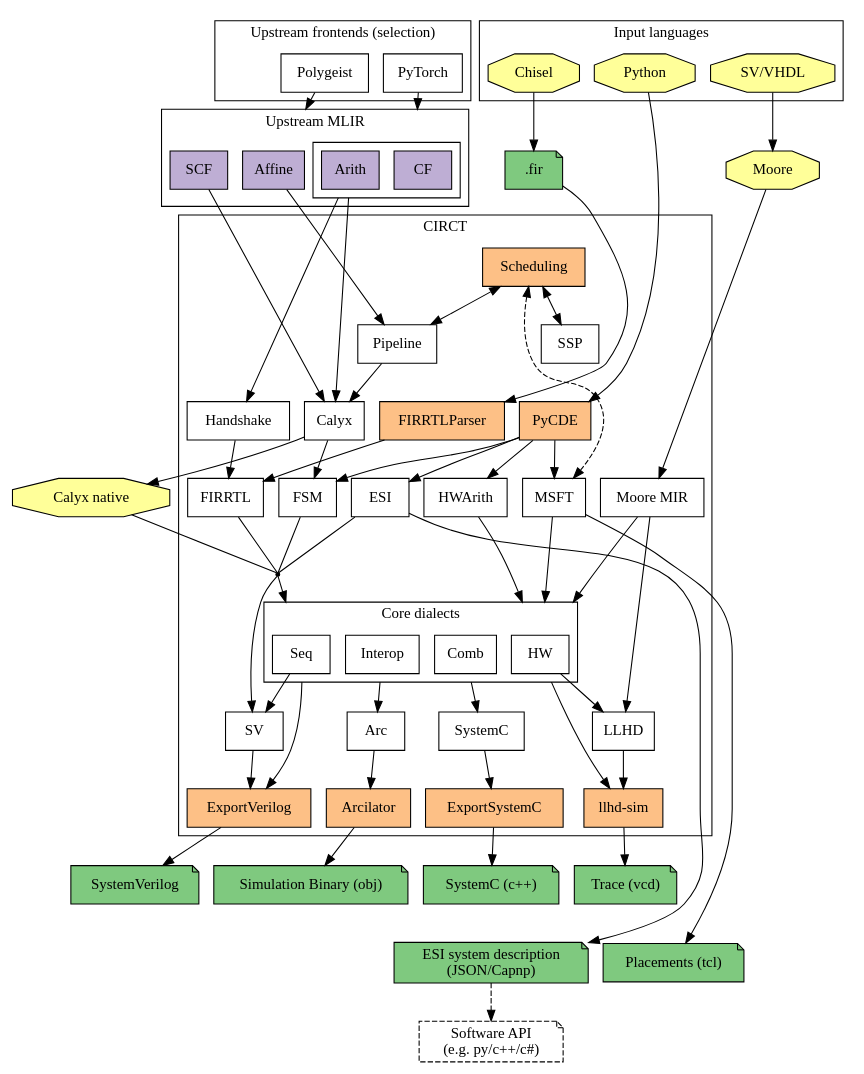
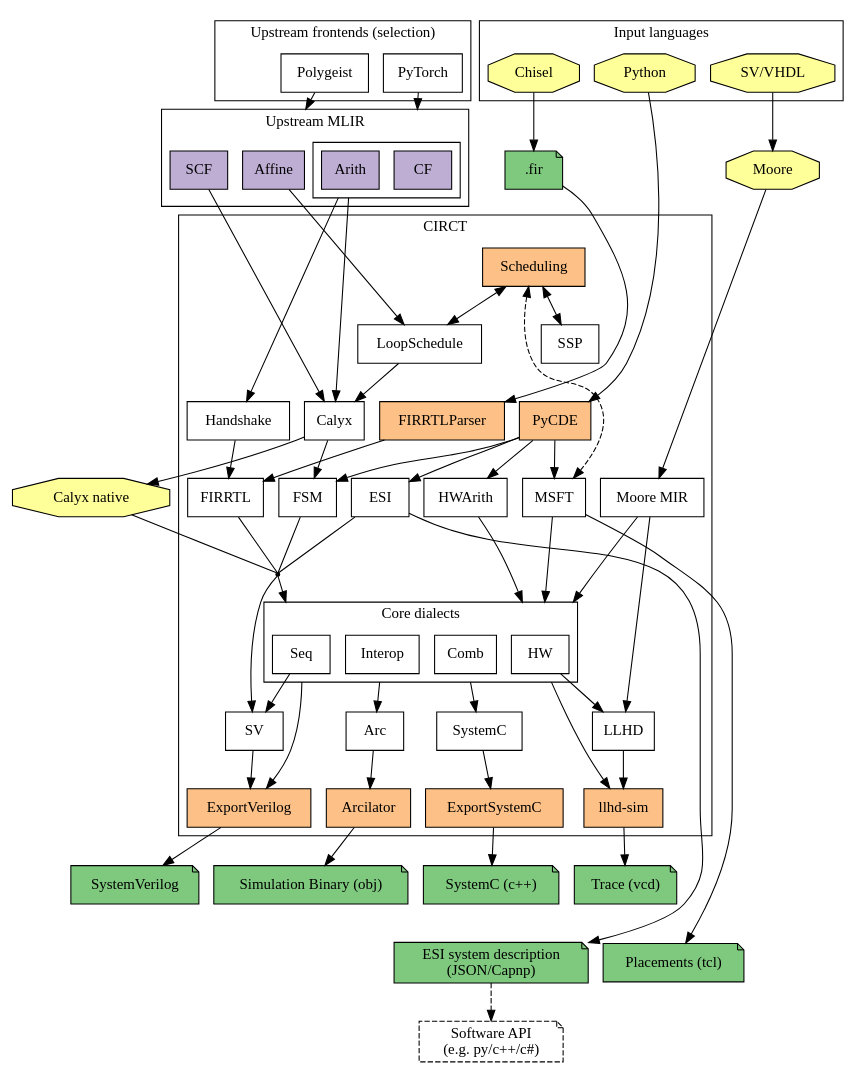
Before and after one commit to thomasnormal/circt: the diagram in docs/dialects.dot, drawn with Graphviz. The commit also changed 2 other files, not shown here.

Commit message:
[Docs] Update dialects.dot for LoopSchedule (#5632)

```diff
--- a/docs/dialects.dot
+++ b/docs/dialects.dot
@@ -1,177 +1,177 @@
 digraph G {
   // Note: Remember to run the circt/utils/update-docs-dialects.sh script after
   // modifying this file to regenerate the .svg and .png renders of the graph.
   rankdir = TB
   splines=spline
   node [shape=box style=filled fillcolor="white"]
   nodesep=0.2 // horizontal compression
   ranksep=0.5 // vertical compression
   compound=true
 
   // MLIR frontends
   subgraph cluster_mlir_frontends {
     label = "Upstream frontends (selection)"
     PyTorch
     Polygeist
   }
 
   // MLIR dialects
   subgraph cluster_mlir {
     label = "Upstream MLIR";
     node [fillcolor="#beaed4"]
     SCF Affine
     subgraph cluster_std_arith_dialect {
       label = ""
       CF
       Arith
     }
   }
   PyTorch -> CF [lhead=cluster_mlir]
   Polygeist -> Affine [lhead=cluster_mlir]
 
   subgraph cluster_circt {
     label = "CIRCT"
     // Internal frontend tools
     subgraph frontend_internal_tools{
       node [fillcolor="#fdc086"]
       FIRRTLParser
       PyCDE [URL="https://circt.llvm.org/docs/PyCDE/"]
       Scheduling [URL="https://circt.llvm.org/docs/Scheduling/"]
     }
 
     // CIRCT dialects
     Handshake [URL="https://circt.llvm.org/docs/Dialects/Handshake/"]
     Calyx [URL="https://circt.llvm.org/docs/Dialects/Calyx/"]
     FIRRTL [URL="https://circt.llvm.org/docs/Dialects/FIRRTL/"]
-    Pipeline [URL="https://circt.llvm.org/docs/Dialects/Pipeline/"]
+    LoopSchedule [URL="https://circt.llvm.org/docs/Dialects/LoopSchedule/"]
     SSP [URL="https://circt.llvm.org/docs/Dialects/SSP/"]
     MSFT [URL="https://circt.llvm.org/docs/Dialects/MSFT/"]
     ESI [URL="https://circt.llvm.org/docs/Dialects/ESI/"]
     FSM [URL="https://circt.llvm.org/docs/Dialects/FSM/"]
     HWArith [URL="https://circt.llvm.org/docs/Dialects/HWArith/"]
     MooreMIR [URL="https://circt.llvm.org/docs/Dialects/Moore/", label="Moore MIR"]
 
     // Intermediate node to target when lowering to both SV and Core dialects
     lower_to_sv_and_core [shape=point label="" fillcolor=black]
 
     // Invisible node to make space for RTL cluster's incoming edges.
     space_above_RTL [style = invis, label=""]
 
     // Core dialects
     subgraph cluster_RTL {
       label = "Core dialects"
       Seq [URL="https://circt.llvm.org/docs/Dialects/Seq/"]
       HW [URL="https://circt.llvm.org/docs/Dialects/HW/"]
       Comb [URL="https://circt.llvm.org/docs/Dialects/Comb/"]
       Interop [URL="https://circt.llvm.org/docs/Dialects/Interop/"]
     }
     LLHD [URL="https://circt.llvm.org/docs/Dialects/LLHD/"]
     Arc [URL="https://circt.llvm.org/docs/Dialects/Arc/"]
 
     // Backend dialects
     SV [URL="https://circt.llvm.org/docs/Dialects/SV/"]
     SystemC [URL="https://circt.llvm.org/docs/Dialects/SystemC/"]
 
     subgraph backend_internal_tools{
       node [fillcolor="#fdc086"]
       Arcilator
       llhd_sim [label="llhd-sim"]
       ExportSystemC
       ExportVerilog [URL="https://circt.llvm.org/docs/VerilogGeneration/"]
     }
   }
 
   // External tools
   subgraph external_tools {
     node [shape=octagon fillcolor="#ffff99"]
     Moore 
     Calyx_native [label="Calyx native"]
   }
 
   FIRFile [label=".fir" fillcolor="#7fc97f" shape="note"]
 
   subgraph cluster_input_langs {
     label = "Input languages"
     node [shape=octagon fillcolor="#ffff99"]
     Chisel
     SVVHDL [label="SV/VHDL"]
     PyFile [label="Python"]
   }
 
   // Output file formats
   subgraph output_file_formats {
     node [fillcolor="#7fc97f" shape="note"]
     VCDTrace [label="Trace (vcd)"]
     SystemCFile [label="SystemC (c++)"]
     SVFile [label="SystemVerilog"]
     ServiceDesc [label="ESI system description\n(JSON/Capnp)"]
     SoftwareAPI [label="Software API\n(e.g. py/c++/c#)" style=dashed]
     TCL [label="Placements (tcl)"]
     SimBinary [label="Simulation Binary (obj)"]
   }
 
   // ===== Connections =====
   // Dialect conversions
   SCF -> Calyx
-  Affine -> Pipeline
-  Pipeline -> Calyx
+  Affine -> LoopSchedule
+  LoopSchedule -> Calyx
   Arith -> {Handshake Calyx} [ltail=cluster_std_arith_dialect]
 
   Handshake -> FIRRTL
   Calyx -> FSM
 
   // Things that lower into a subset of the RTL-like dialects. Cluster these
   // together to avoid a massive clutter.
   {MSFT HWArith MooreMIR} -> HW [lhead=cluster_RTL]
   {ESI FIRRTL FSM} -> lower_to_sv_and_core [arrowhead=none]
   lower_to_sv_and_core -> SV
   lower_to_sv_and_core -> Seq [lhead=cluster_RTL]
   Seq -> SV
   {HW MooreMIR} -> LLHD
   Interop -> Arc [ltail=cluster_RTL]
   Comb -> SystemC [ltail=cluster_RTL]
   ExportVerilog -> SVFile
 
   // Tool flows
   Arc -> Arcilator
   Arcilator -> SimBinary
-  Scheduling -> Pipeline [dir=both]
+  Scheduling -> LoopSchedule [dir=both]
   Chisel -> FIRFile
   FIRFile -> FIRRTLParser
   FIRRTLParser -> FIRRTL
   SystemC -> ExportSystemC
   ExportSystemC -> SystemCFile
   SV -> ExportVerilog
   Seq -> ExportVerilog [ltail=cluster_RTL]
   HW -> llhd_sim [ltail=cluster_RTL]
   SVVHDL -> Moore [weight=999]
   Moore -> MooreMIR
   Calyx -> Calyx_native
   Calyx_native -> lower_to_sv_and_core [arrowhead=none]
   LLHD -> llhd_sim
   llhd_sim -> VCDTrace
   //ESI -> CapNProto
   ESI -> ServiceDesc
   MSFT -> TCL
   PyFile -> PyCDE
   PyCDE -> {ESI MSFT HWArith FSM}
   Scheduling -> SSP [dir=both]
   Scheduling -> MSFT [dir=both, style=dashed]
   ServiceDesc -> SoftwareAPI [style=dashed]
 
   // ====== Some fake edges to coerce a good layout ======
   // Note: Modify these if you make changes to the above diagram, and things
   // start looking weird.
 
   // Leave one rank free above the RTL cluster to improve routing of incoming
   // edges.
   {FIRRTL FSM ESI MSFT HWArith MooreMIR} -> space_above_RTL [weight=999, style=invis]
   space_above_RTL -> {Seq HW Comb} [lhead=cluster_RTL, weight=999, style=invis]
 
   // Fix the following sink nodes below the CIRCT cluster
   SystemCFile -> {TCL ServiceDesc} [weight=999 style=invis]
 
   // Better organize the top.
   {PyTorch Polygeist Chisel} -> CF [weight=999 style=invis]
   FIRFile -> Scheduling [weight=999 style=invis]
 }
```
